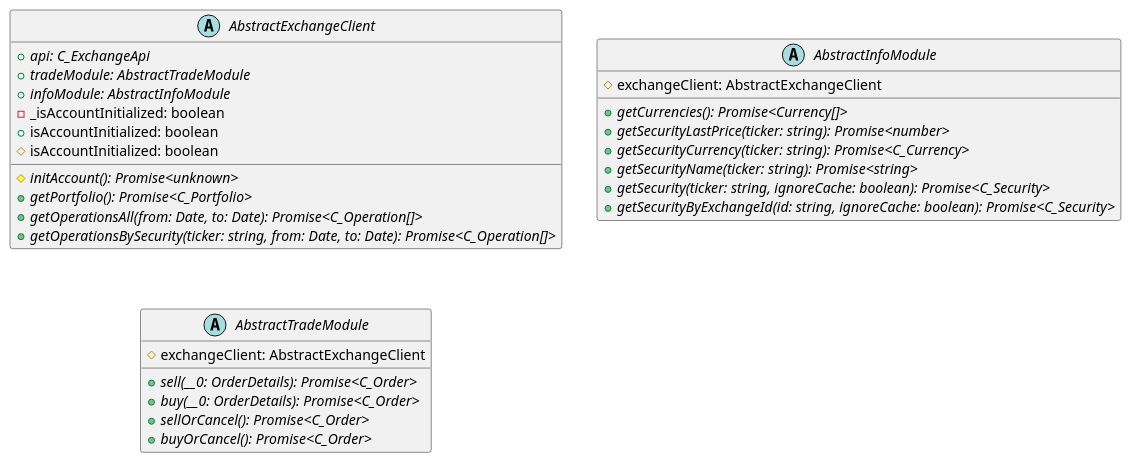
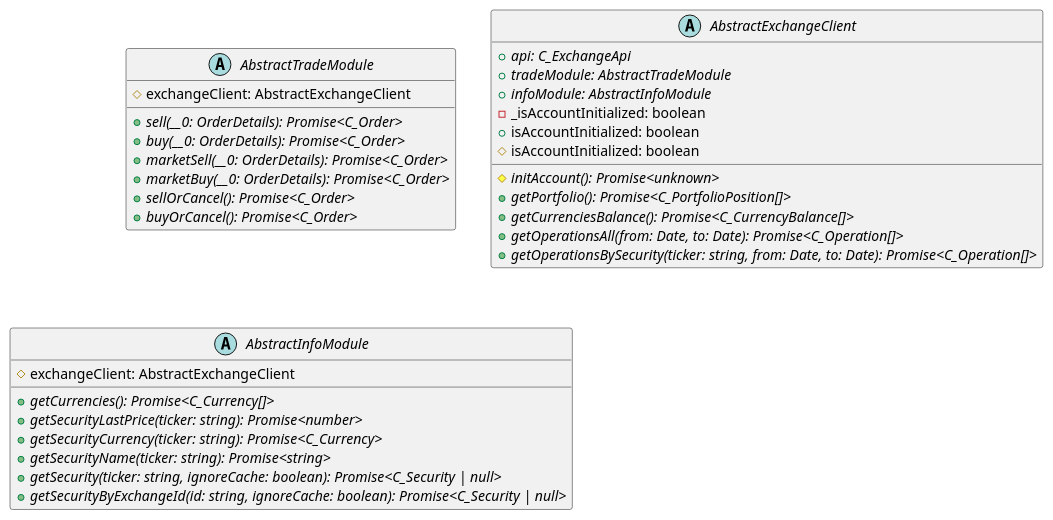
Before and after one commit to d0rich/tradeb0t: the diagram in docs/AbstractExchangeClient.puml, drawn with PlantUML. The commit also changed 7 other files, not shown here.

Commit message:
Create diagrams

```diff
--- a/docs/AbstractExchangeClient.puml
+++ b/docs/AbstractExchangeClient.puml
@@ -1,33 +1,35 @@
 @startuml
+abstract class AbstractTradeModule {
+    #exchangeClient: AbstractExchangeClient
+    +{abstract} sell(__0: OrderDetails): Promise<C_Order>
+    +{abstract} buy(__0: OrderDetails): Promise<C_Order>
+    +{abstract} marketSell(__0: OrderDetails): Promise<C_Order>
+    +{abstract} marketBuy(__0: OrderDetails): Promise<C_Order>
+    +{abstract} sellOrCancel(): Promise<C_Order>
+    +{abstract} buyOrCancel(): Promise<C_Order>
+}
 abstract class AbstractExchangeClient {
     +{abstract} api: C_ExchangeApi
     +{abstract} tradeModule: AbstractTradeModule
     +{abstract} infoModule: AbstractInfoModule
     -_isAccountInitialized: boolean
     +isAccountInitialized: boolean
     #isAccountInitialized: boolean
     #{abstract} initAccount(): Promise<unknown>
-    +{abstract} getPortfolio(): Promise<C_Portfolio>
+    +{abstract} getPortfolio(): Promise<C_PortfolioPosition[]>
+    +{abstract} getCurrenciesBalance(): Promise<C_CurrencyBalance[]>
     +{abstract} getOperationsAll(from: Date, to: Date): Promise<C_Operation[]>
     +{abstract} getOperationsBySecurity(ticker: string, from: Date, to: Date): Promise<C_Operation[]>
 }
 
 abstract class AbstractInfoModule {
     #exchangeClient: AbstractExchangeClient
-    +{abstract} getCurrencies(): Promise<Currency[]>
+    +{abstract} getCurrencies(): Promise<C_Currency[]>
     +{abstract} getSecurityLastPrice(ticker: string): Promise<number>
     +{abstract} getSecurityCurrency(ticker: string): Promise<C_Currency>
     +{abstract} getSecurityName(ticker: string): Promise<string>
-    +{abstract} getSecurity(ticker: string, ignoreCache: boolean): Promise<C_Security>
-    +{abstract} getSecurityByExchangeId(id: string, ignoreCache: boolean): Promise<C_Security>
-}
-
-abstract class AbstractTradeModule {
-    #exchangeClient: AbstractExchangeClient
-    +{abstract} sell(__0: OrderDetails): Promise<C_Order>
-    +{abstract} buy(__0: OrderDetails): Promise<C_Order>
-    +{abstract} sellOrCancel(): Promise<C_Order>
-    +{abstract} buyOrCancel(): Promise<C_Order>
+    +{abstract} getSecurity(ticker: string, ignoreCache: boolean): Promise<C_Security | null>
+    +{abstract} getSecurityByExchangeId(id: string, ignoreCache: boolean): Promise<C_Security | null>
 }
 
 @enduml
```
